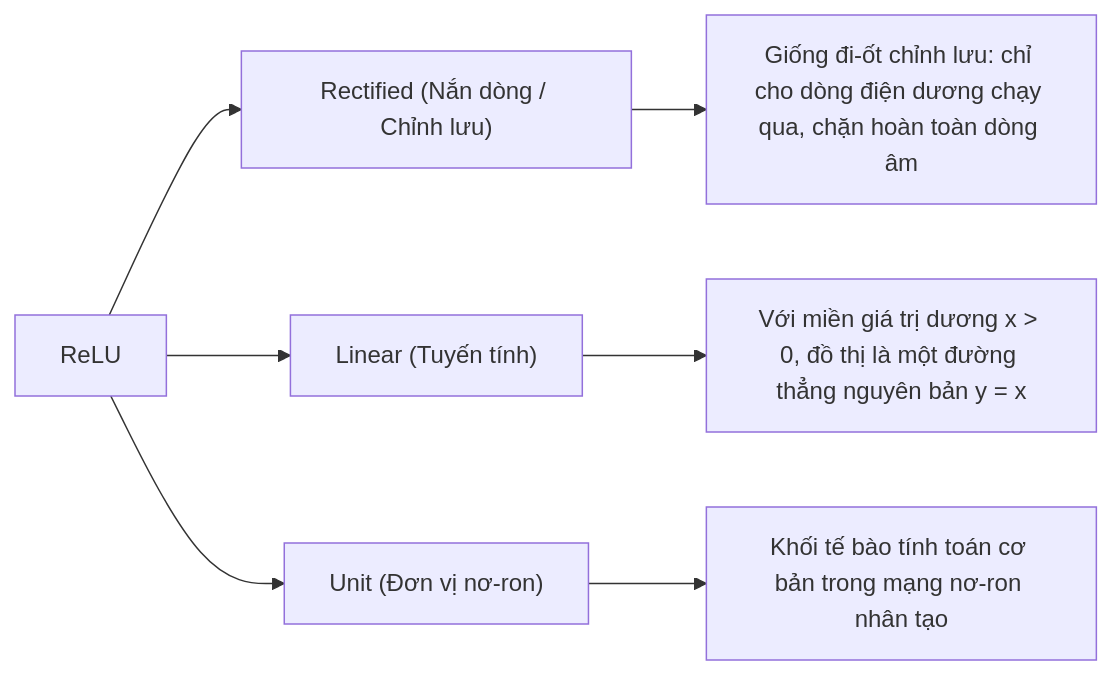
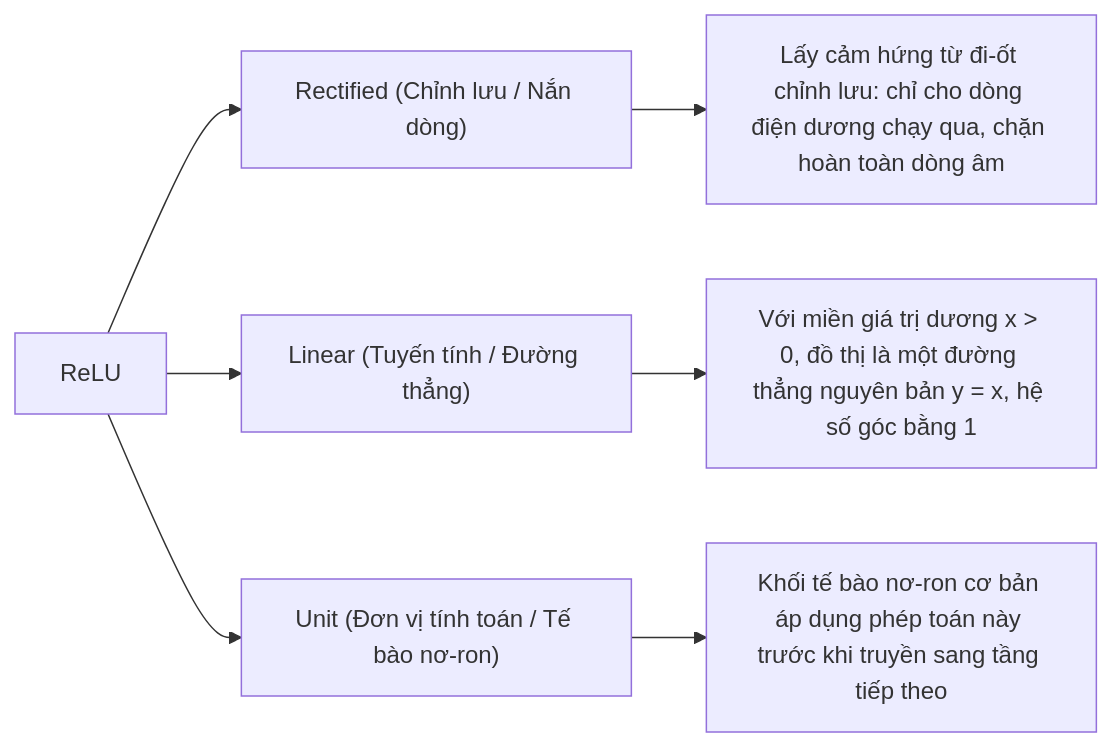
One commit to snowflake-vibing/Project-Experimental-TiDE changed the second of 5 diagrams in doc/glossary/relu.md. Above: the diagram before and after it, drawn with Mermaid. The commit also changed other lines of this file, not shown here.

Commit message:
docs(glossary): expand relu.md with linear collapse proofs and failure scenarios

````diff
--- a/doc/glossary/relu.md
+++ b/doc/glossary/relu.md
@@ -40,11 +51,11 @@
 ```mermaid
 flowchart LR
     Term["ReLU"]
-    Term --> P1["Rectified (Nắn dòng / Chỉnh lưu)"]
-    Term --> P2["Linear (Tuyến tính)"]
-    Term --> P3["Unit (Đơn vị nơ-ron)"]
+    Term --> P1["Rectified (Chỉnh lưu / Nắn dòng)"]
+    Term --> P2["Linear (Tuyến tính / Đường thẳng)"]
+    Term --> P3["Unit (Đơn vị tính toán / Tế bào nơ-ron)"]
 
-    P1 --> D1["Giống đi-ốt chỉnh lưu: chỉ cho dòng điện dương chạy qua, chặn hoàn toàn dòng âm"]
-    P2 --> D2["Với miền giá trị dương x > 0, đồ thị là một đường thẳng nguyên bản y = x"]
-    P3 --> D3["Khối tế bào tính toán cơ bản trong mạng nơ-ron nhân tạo"]
+    P1 --> D1["Lấy cảm hứng từ đi-ốt chỉnh lưu: chỉ cho dòng điện dương chạy qua, chặn hoàn toàn dòng âm"]
+    P2 --> D2["Với miền giá trị dương x > 0, đồ thị là một đường thẳng nguyên bản y = x, hệ số góc bằng 1"]
+    P3 --> D3["Khối tế bào nơ-ron cơ bản áp dụng phép toán này trước khi truyền sang tầng tiếp theo"]
 ```
````
